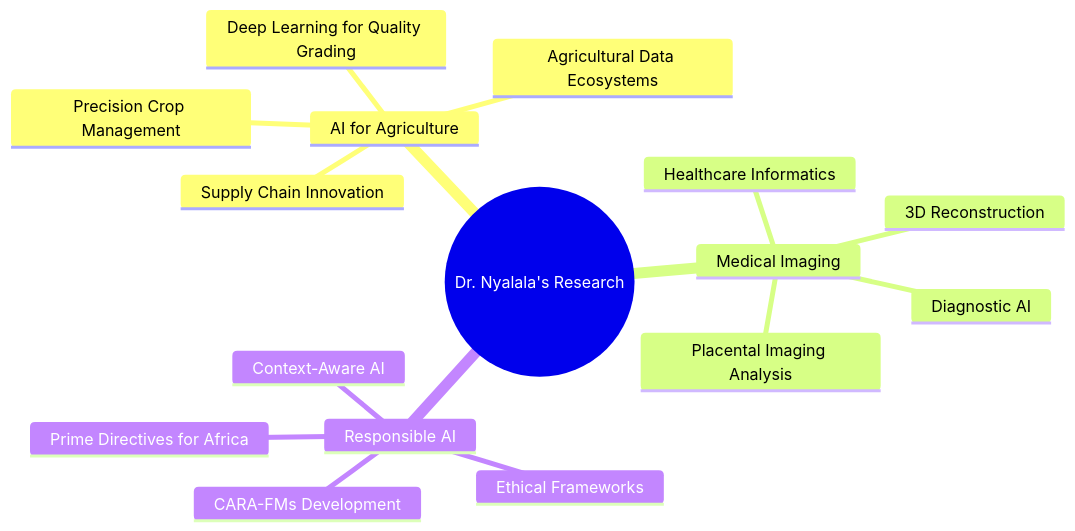
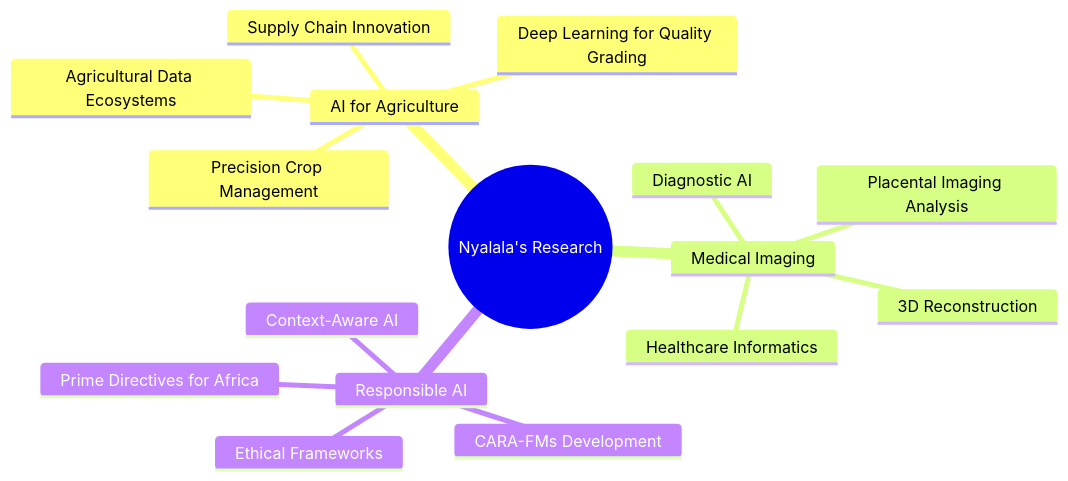
One commit to inyalala/inyalala changed the diagram in README.md. Above: the diagram before and after it, drawn with Mermaid. The commit also changed other lines of this file, not shown here.

````diff
--- a/README.md
+++ b/README.md
@@ -98,19 +98,19 @@
 ```mermaid
 mindmap
-  root((Dr. Nyalala's Research))
+  root((Nyalala's Research))
     AI for Agriculture
       Precision Crop Management
       Deep Learning for Quality Grading
       Agricultural Data Ecosystems
       Supply Chain Innovation
     Medical Imaging
       Placental Imaging Analysis
       3D Reconstruction
       Diagnostic AI
       Healthcare Informatics
     Responsible AI
       Ethical Frameworks
       Context-Aware AI
       CARA-FMs Development
       Prime Directives for Africa
 ```
````
